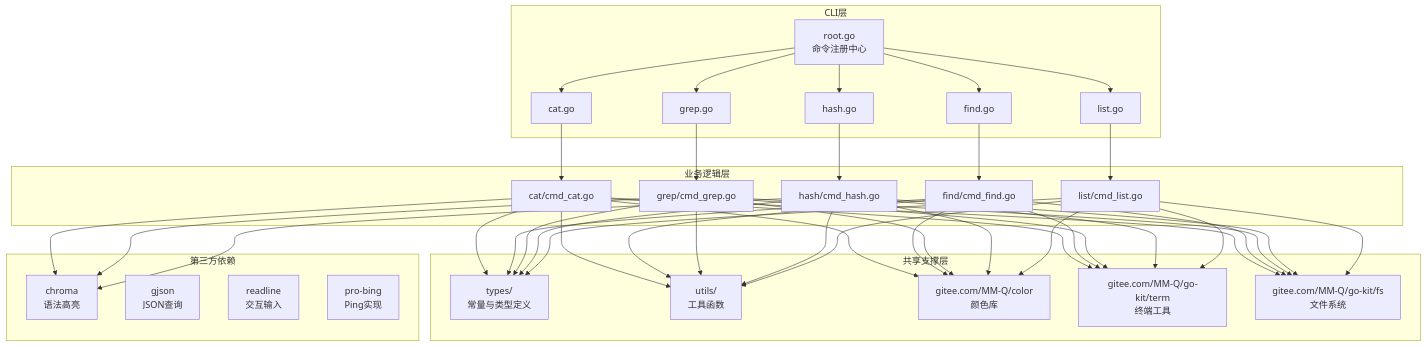
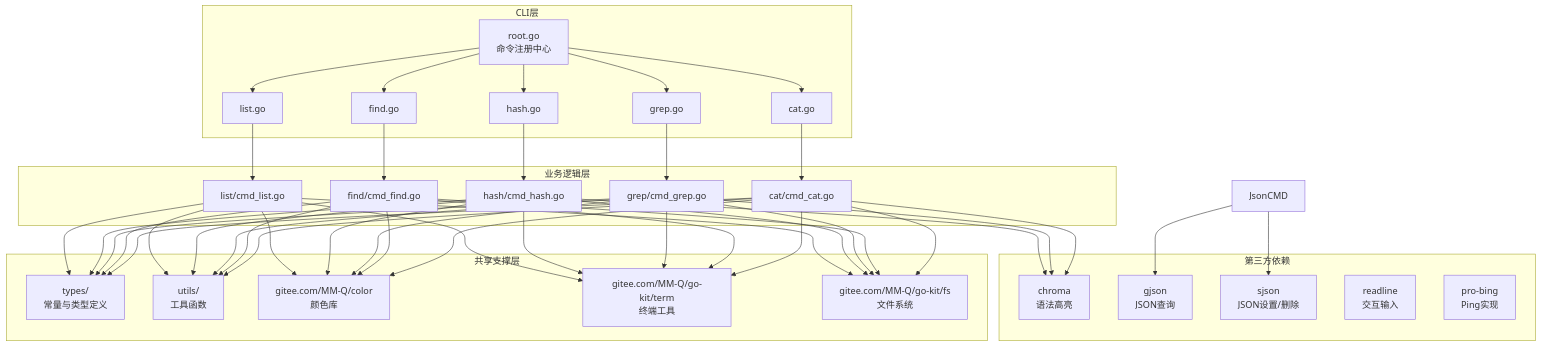
One commit to QiaoMuDe/fck changed the diagram in AGENTS.md. Above: the diagram before and after it, drawn with Mermaid. The commit also changed other lines of this file and 10 other files, not shown here.

````diff
--- a/AGENTS.md
+++ b/AGENTS.md
@@ -144,51 +144,54 @@
 ```mermaid
 graph TB
     subgraph CLI层
         Root[root.go<br/>命令注册中心]
         CatCLI[cat.go]
         FindCLI[find.go]
         GrepCLI[grep.go]
         HashCLI[hash.go]
         ListCLI[list.go]
     end
 
     subgraph 业务逻辑层
         CatCMD[cat/cmd_cat.go]
         FindCMD[find/cmd_find.go]
         GrepCMD[grep/cmd_grep.go]
         HashCMD[hash/cmd_hash.go]
         ListCMD[list/cmd_list.go]
     end
 
     subgraph 共享支撑层
         Types[types/<br/>常量与类型定义]
         Utils[utils/<br/>工具函数]
         ColorLib[gitee.com/MM-Q/color<br/>颜色库]
         TermLib[gitee.com/MM-Q/go-kit/term<br/>终端工具]
         FSLib[gitee.com/MM-Q/go-kit/fs<br/>文件系统]
     end
 
     subgraph 第三方依赖
         Chroma[chroma<br/>语法高亮]
         GJSON[gjson<br/>JSON查询]
+        SJSON[sjson<br/>JSON设置/删除]
         Readline[readline<br/>交互输入]
         ProPing[pro-bing<br/>Ping实现]
     end
 
     Root --> CatCLI & FindCLI & GrepCLI & HashCLI & ListCLI
     CatCLI --> CatCMD
     FindCLI --> FindCMD
     GrepCLI --> GrepCMD
     HashCLI --> HashCMD
     ListCLI --> ListCMD
 
     CatCMD & FindCMD & GrepCMD & HashCMD & ListCMD --> Types
     CatCMD & FindCMD & GrepCMD & HashCMD & ListCMD --> Utils
     CatCMD & FindCMD & GrepCMD & HashCMD & ListCMD --> ColorLib
     CatCMD & FindCMD & GrepCMD & HashCMD & ListCMD --> TermLib
     CatCMD & FindCMD & GrepCMD & HashCMD & ListCMD --> FSLib
 
     CatCMD --> Chroma
     GrepCMD --> Chroma
     HashCMD --> Chroma
+    JsonCMD --> GJSON
+    JsonCMD --> SJSON
 ```
````
